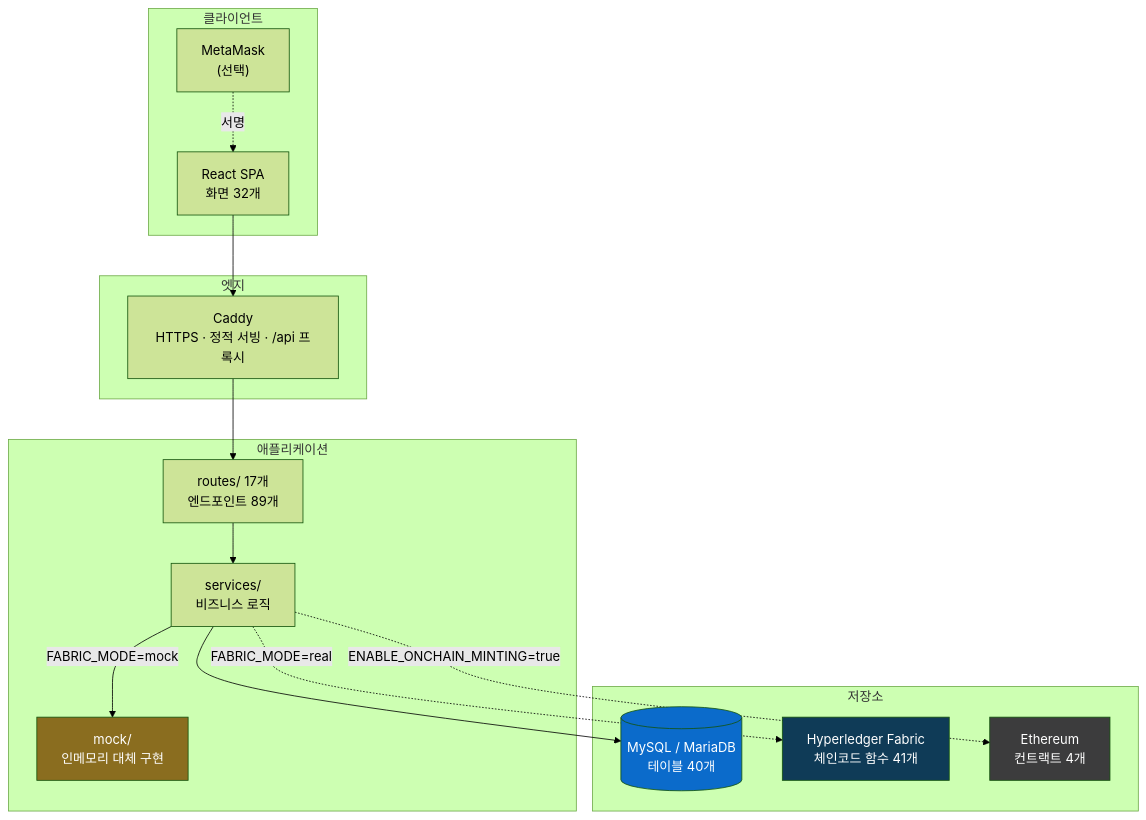
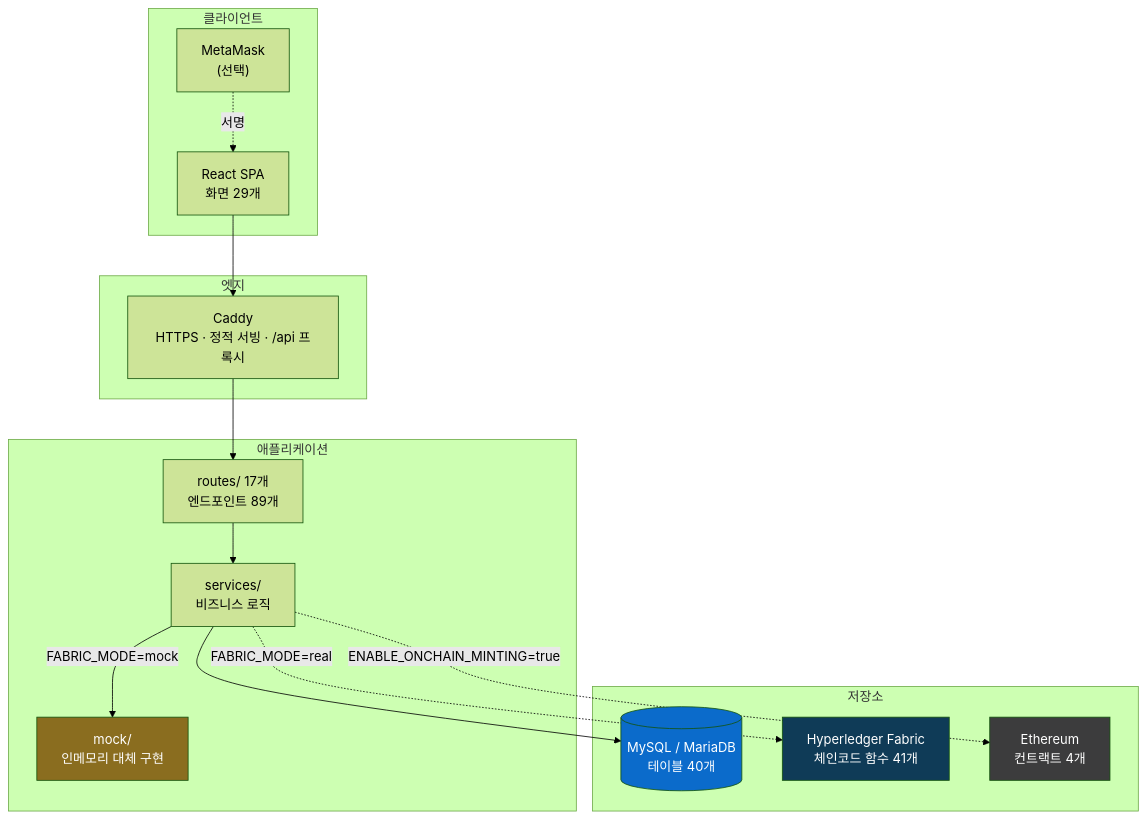
Before and after one commit to FutureAria/base-chain-ticketing: the first of 5 diagrams in docs/ARCHITECTURE.md, drawn with Mermaid (forest theme). The commit also changed other lines of this file and 9 other files, not shown here.

````diff
--- a/docs/ARCHITECTURE.md
+++ b/docs/ARCHITECTURE.md
@@ -23,32 +23,32 @@
 ```mermaid
 flowchart TB
     subgraph client["클라이언트"]
-        B["React SPA<br/>화면 32개"]
+        B["React SPA<br/>화면 29개"]
         W["MetaMask<br/>(선택)"]
     end
     subgraph edge["엣지"]
         C["Caddy<br/>HTTPS · 정적 서빙 · /api 프록시"]
     end
     subgraph app["애플리케이션"]
         R["routes/ 17개<br/>엔드포인트 89개"]
         S["services/<br/>비즈니스 로직"]
         M["mock/<br/>인메모리 대체 구현"]
     end
     subgraph store["저장소"]
         DB[("MySQL / MariaDB<br/>테이블 40개")]
         F["Hyperledger Fabric<br/>체인코드 함수 41개"]
         E["Ethereum<br/>컨트랙트 4개"]
     end
 
     B --> C --> R --> S
     S --> DB
     S -->|FABRIC_MODE=mock| M
     S -.->|FABRIC_MODE=real| F
     S -.->|ENABLE_ONCHAIN_MINTING=true| E
     W -.->|서명| B
 
     style DB fill:#0b6bcb,color:#fff
     style F fill:#0F3B57,color:#fff
     style E fill:#3C3C3D,color:#fff
     style M fill:#8a6d1f,color:#fff
 ```
````
